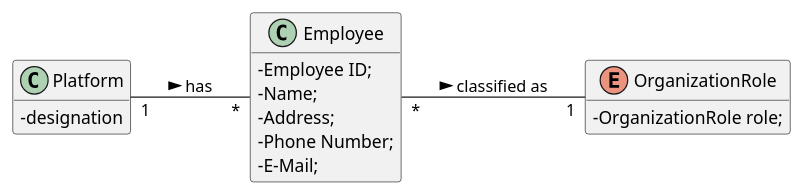
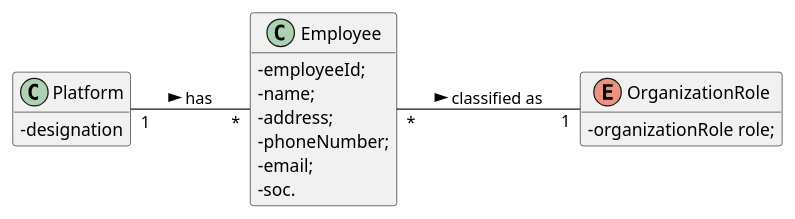
The diagram in docs/SprintB/UC7/UC7_MD.puml (GuilhermeCunha79/lapr2), drawn with PlantUML before and after one commit. The commit also changed 11 other files, not shown here.

Commit message:
Update of the diagrams (SSD,MD,SD) [US-07] [Requirements Engineering]

```diff
--- a/docs/SprintB/UC7/UC7_MD.puml
+++ b/docs/SprintB/UC7/UC7_MD.puml
@@ -1,32 +1,32 @@
 @startuml
 hide methods
 left to right direction
 skinparam classAttributeIconSize 0
 
 
 class Platform {
   -designation
 }
 
 class Employee {
-	-Employee ID;
-	-Name;
-	-Address;
-	-Phone Number;
-	-E-Mail;
-	-Standard Occupational Classification (SOC) code.
+	-employeeId;
+	-name;
+	-address;
+	-phoneNumber;
+	-email;
+	-soc.
 }
 
 enum OrganizationRole {
-  -OrganizationRole role;
+  -organizationRole role;
 }
 
 
 
 
 Platform "1" -- "*" Employee : has >
 Employee "*" -- "1" OrganizationRole: classified as >
 
 
 
 @enduml
```
